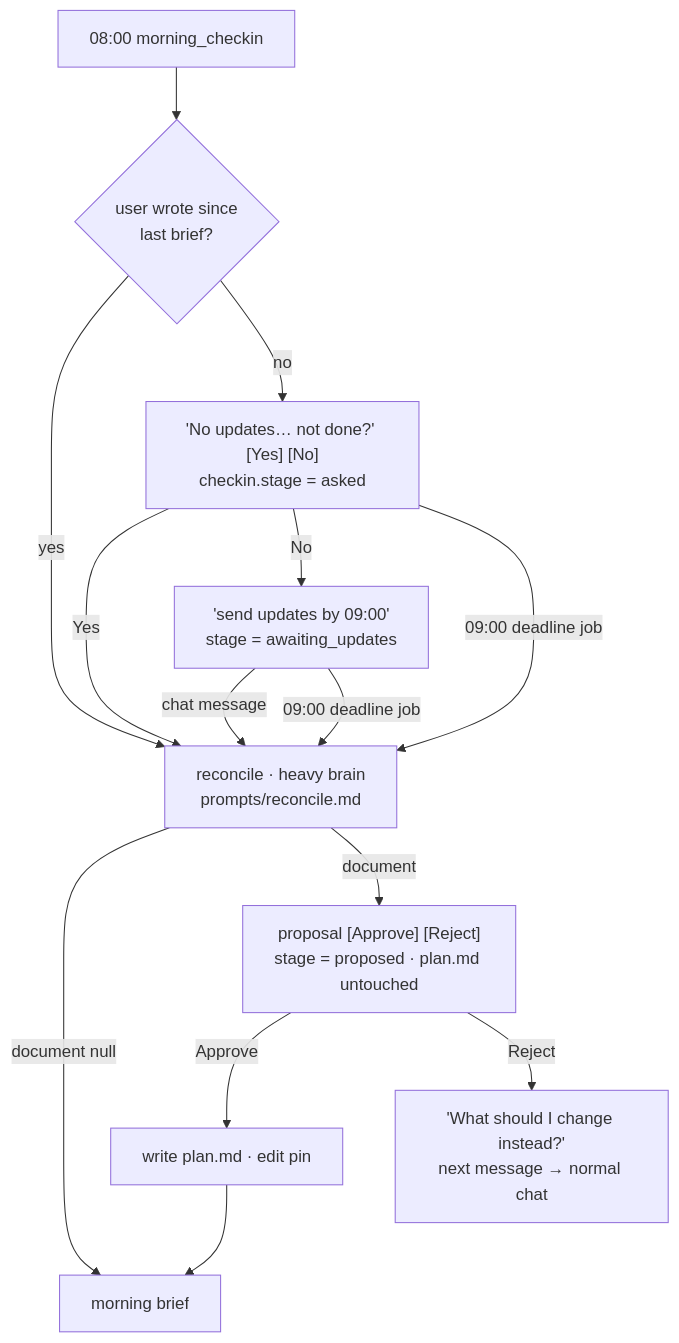
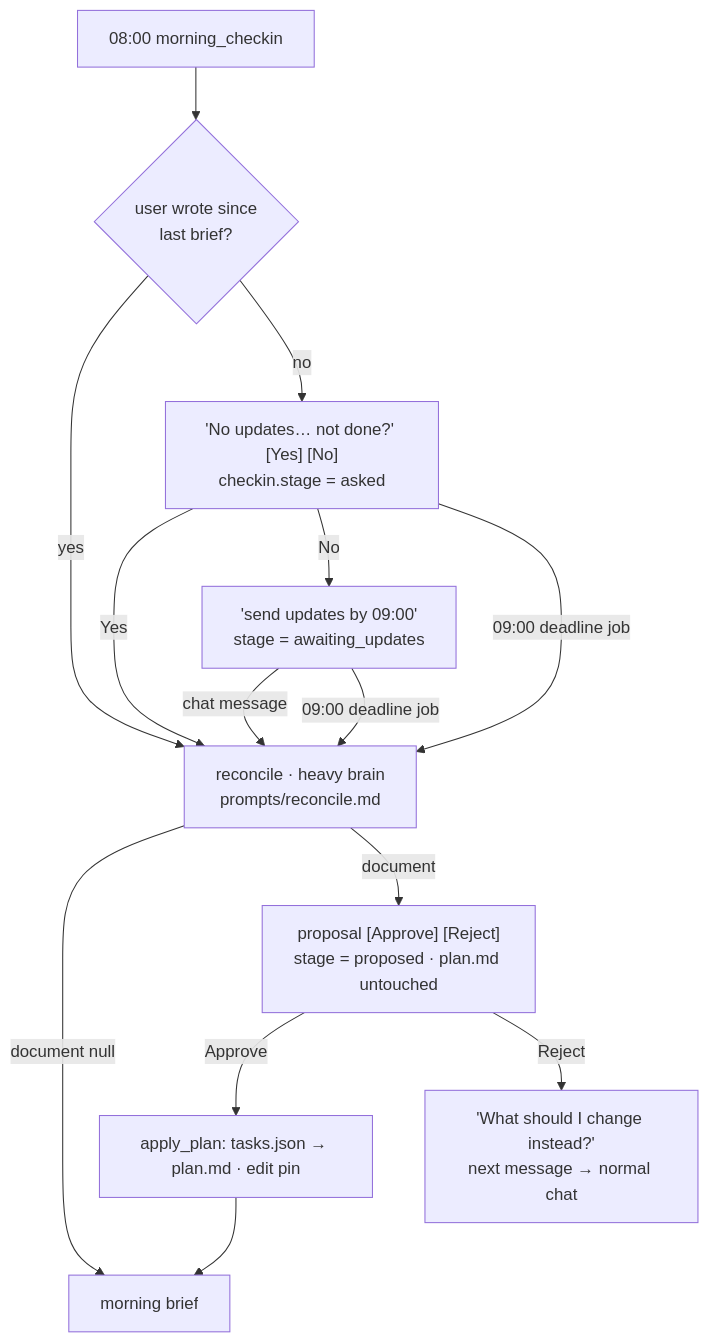
One commit to vovka/mentor-bot changed diagram 13 of 19 in docs/ARCHITECTURE.md. Above: the diagram before and after it, drawn with Mermaid. The commit also changed other lines of this file and 8 other files, not shown here.

````diff
--- a/docs/ARCHITECTURE.md
+++ b/docs/ARCHITECTURE.md
@@ -200,14 +319,14 @@
 ```mermaid
 flowchart TB
   M["08:00 morning_checkin"] --> W{user wrote since<br/>last brief?}
   W -- yes --> R
   W -- no --> Q["'No updates… not done?' [Yes] [No]<br/>checkin.stage = asked"]
   Q -- Yes --> R
   Q -- No --> AW["'send updates by 09:00'<br/>stage = awaiting_updates"]
   AW -- chat message --> R
   Q & AW -- "09:00 deadline job" --> R
   R["reconcile · heavy brain<br/>prompts/reconcile.md"] -- "document null" --> B[morning brief]
   R -- document --> P["proposal [Approve] [Reject]<br/>stage = proposed · plan.md untouched"]
-  P -- Approve --> AP["write plan.md · edit pin"] --> B
+  P -- Approve --> AP["apply_plan: tasks.json → plan.md · edit pin"] --> B
   P -- Reject --> RJ["'What should I change instead?'<br/>next message → normal chat"]
 ```
````
